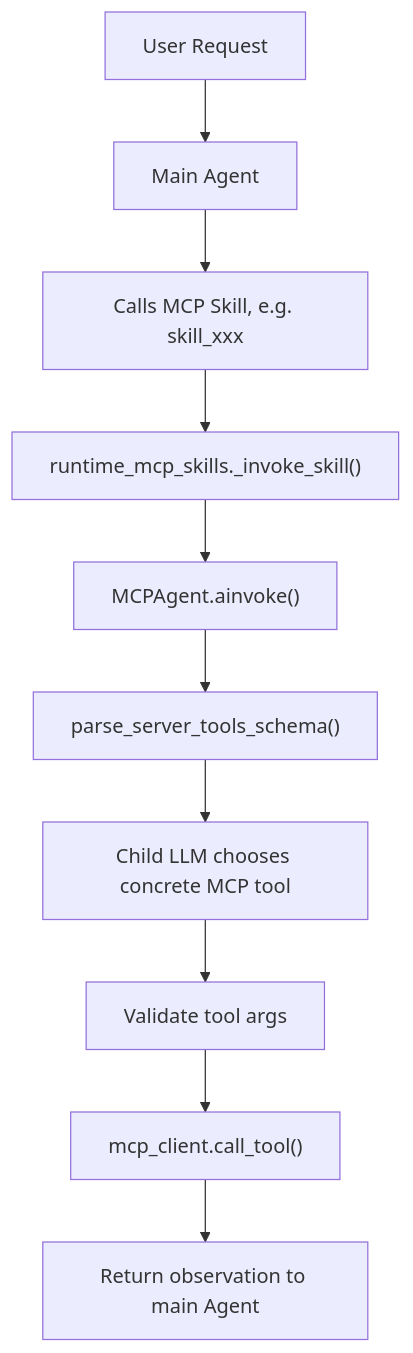
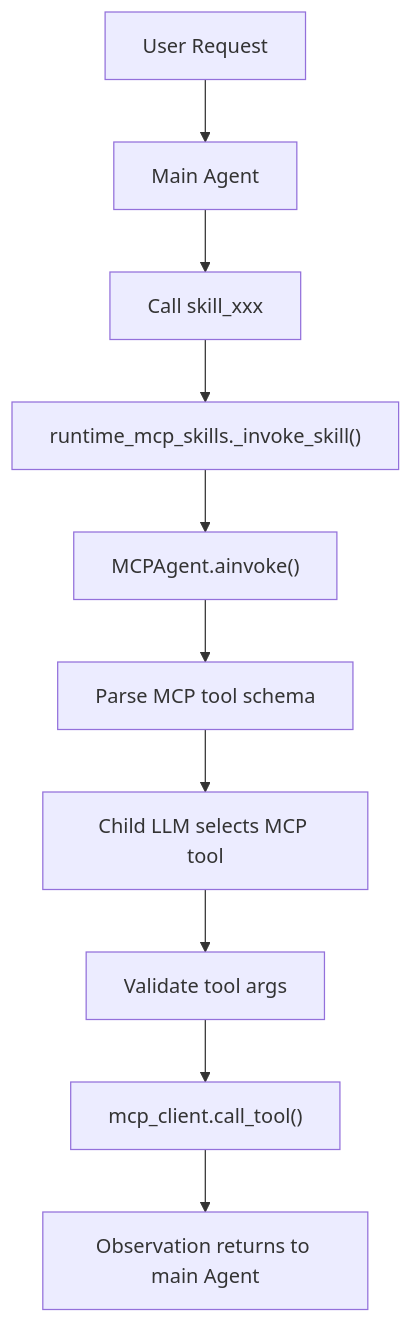
The fourth of 4 diagrams in README.md (solution3tl/EverLoop), drawn with Mermaid before and after one commit. The commit also changed other lines of this file, not shown here.

````diff
--- a/README.md
+++ b/README.md
@@ -195,12 +260,12 @@
 ```mermaid
 flowchart TD
     A[User Request] --> B["Main Agent"]
-    B --> C["Calls MCP Skill, e.g. skill_xxx"]
+    B --> C["Call skill_xxx"]
     C --> D["runtime_mcp_skills._invoke_skill()"]
     D --> E["MCPAgent.ainvoke()"]
-    E --> F["parse_server_tools_schema()"]
-    F --> G["Child LLM chooses concrete MCP tool"]
+    E --> F["Parse MCP tool schema"]
+    F --> G["Child LLM selects MCP tool"]
     G --> H["Validate tool args"]
     H --> I["mcp_client.call_tool()"]
-    I --> J["Return observation to main Agent"]
+    I --> J["Observation returns to main Agent"]
 ```
````
